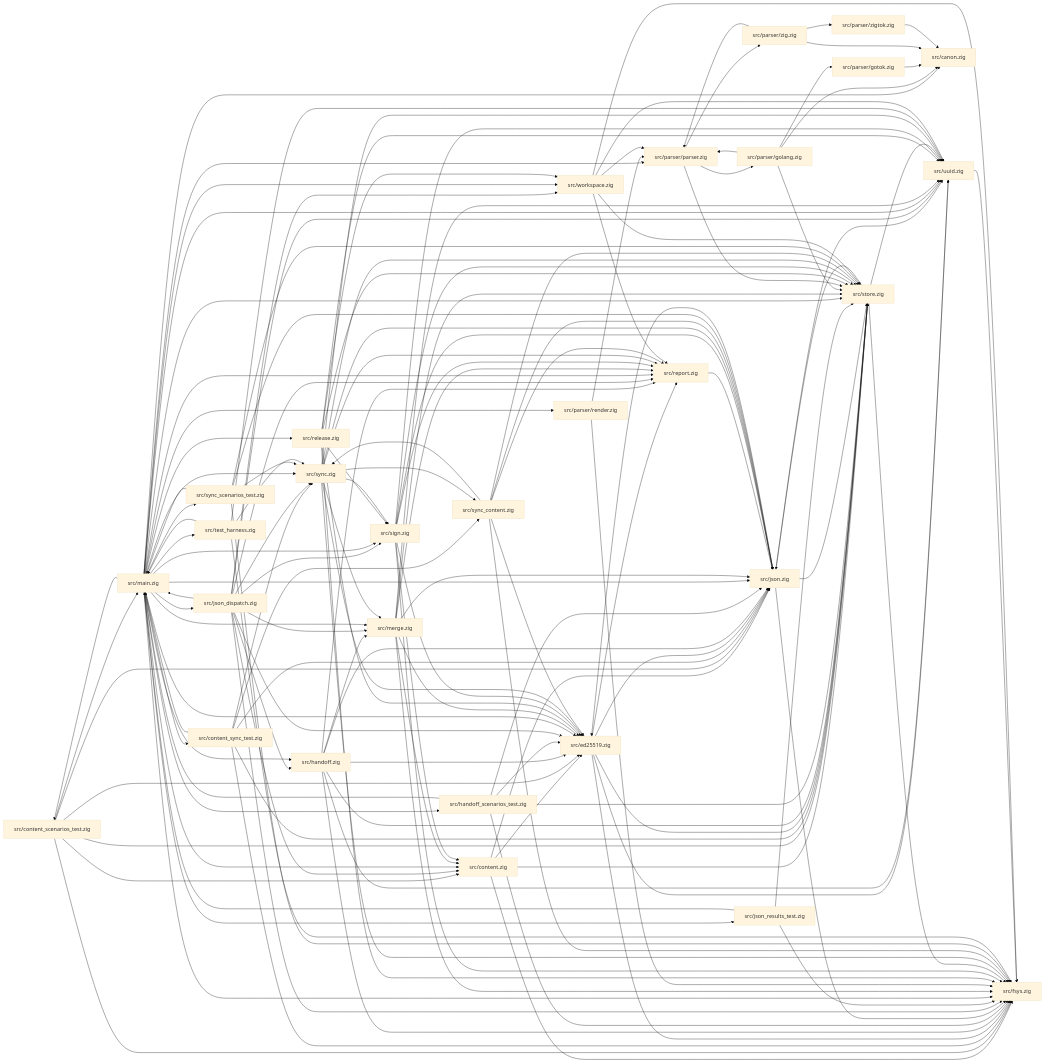
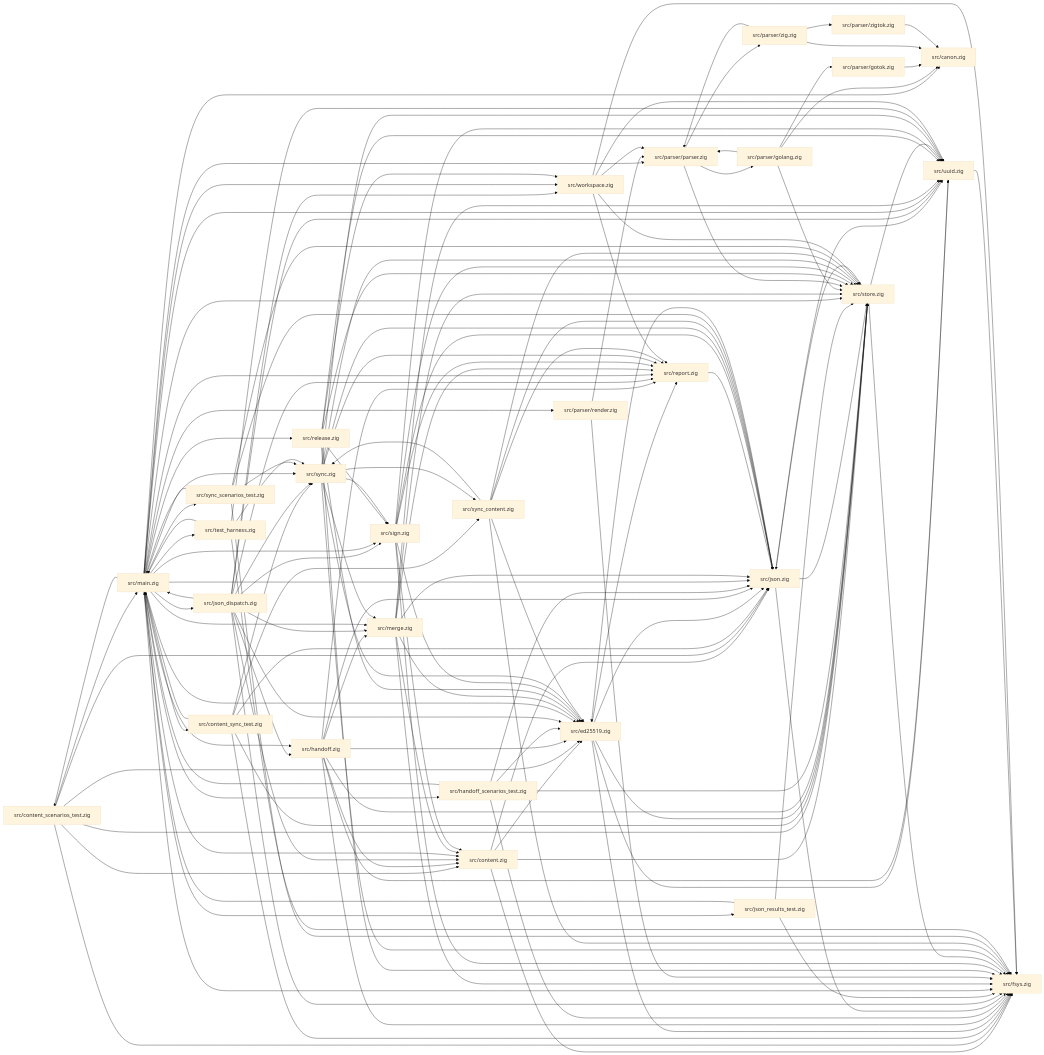
Before and after one commit to drawmeanelephant/flint-client: the diagram in docs/module-map.md, drawn with Mermaid (base theme). The commit also changed 3 other files, not shown here.

First line of the commit message:
handoff inspect: authenticate bound snapshot content, not just presence (#96)

```diff
--- a/docs/module-map.md
+++ b/docs/module-map.md
@@ -27,6 +27,7 @@
   src_ed25519_zig["src/ed25519.zig"] --> src_report_zig["src/report.zig"]
   src_ed25519_zig["src/ed25519.zig"] --> src_store_zig["src/store.zig"]
   src_ed25519_zig["src/ed25519.zig"] --> src_uuid_zig["src/uuid.zig"]
+  src_handoff_zig["src/handoff.zig"] --> src_content_zig["src/content.zig"]
   src_handoff_zig["src/handoff.zig"] --> src_ed25519_zig["src/ed25519.zig"]
   src_handoff_zig["src/handoff.zig"] --> src_fsys_zig["src/fsys.zig"]
   src_handoff_zig["src/handoff.zig"] --> src_json_zig["src/json.zig"]
```
